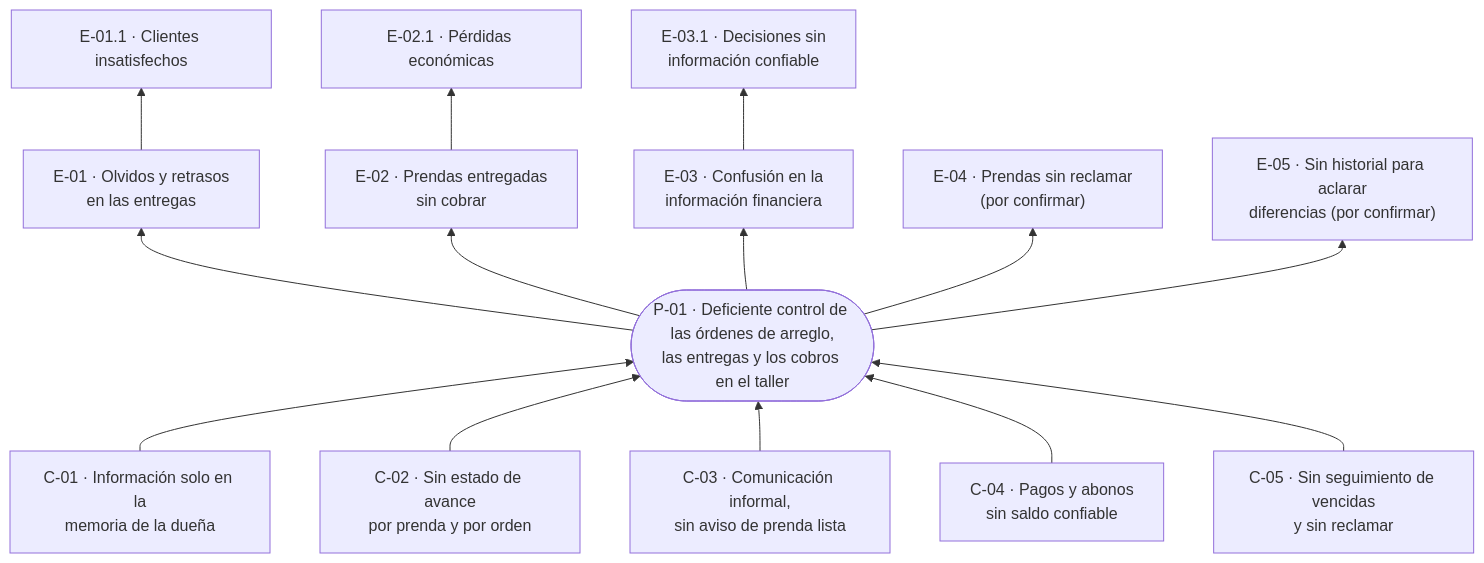
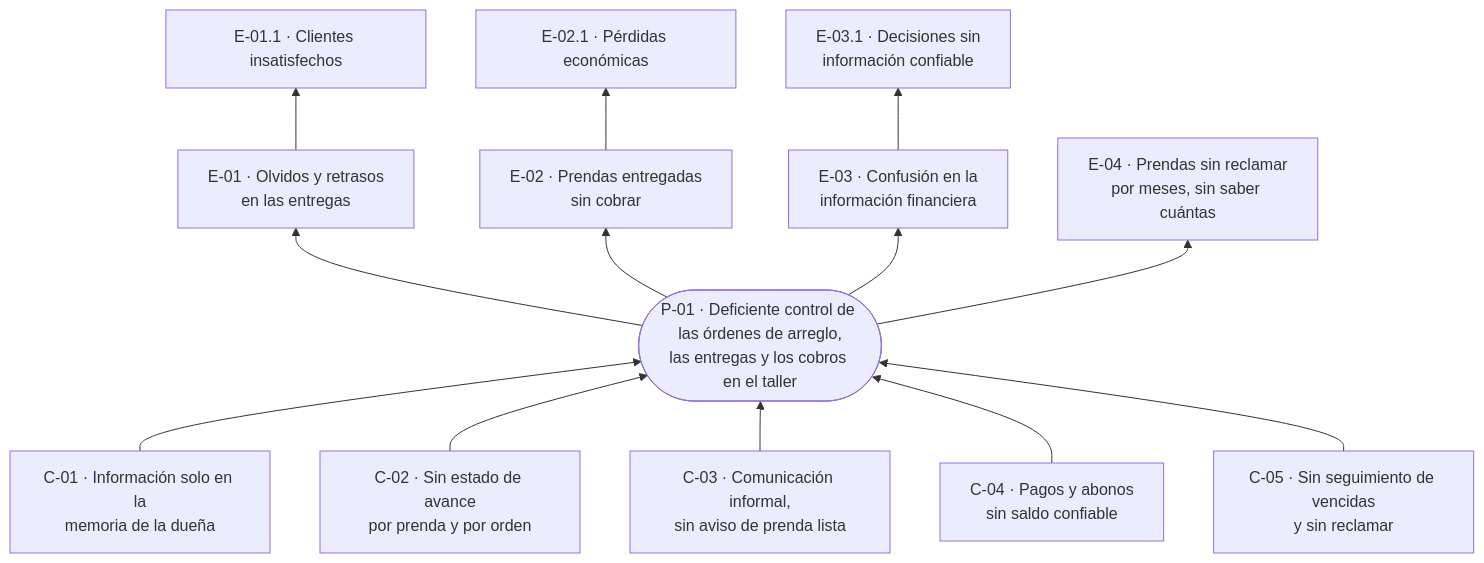
Before and after one commit to Aryannext/El-taller-ines: the diagram in docs/01-problema/arbol-de-problemas.md, drawn with Mermaid. The commit also changed other lines of this file and 2 other files, not shown here.

````diff
--- a/docs/01-problema/arbol-de-problemas.md
+++ b/docs/01-problema/arbol-de-problemas.md
@@ -47,36 +73,34 @@
 ```mermaid
 flowchart BT
     C01["C-01 · Información solo en la<br/>memoria de la dueña"]
     C02["C-02 · Sin estado de avance<br/>por prenda y por orden"]
     C03["C-03 · Comunicación informal,<br/>sin aviso de prenda lista"]
     C04["C-04 · Pagos y abonos<br/>sin saldo confiable"]
     C05["C-05 · Sin seguimiento de vencidas<br/>y sin reclamar"]
 
     P01(["P-01 · Deficiente control de las órdenes de arreglo,<br/>las entregas y los cobros en el taller"])
 
     E01["E-01 · Olvidos y retrasos<br/>en las entregas"]
     E02["E-02 · Prendas entregadas<br/>sin cobrar"]
     E03["E-03 · Confusión en la<br/>información financiera"]
-    E04["E-04 · Prendas sin reclamar<br/>(por confirmar)"]
-    E05["E-05 · Sin historial para aclarar<br/>diferencias (por confirmar)"]
+    E04["E-04 · Prendas sin reclamar<br/>por meses, sin saber cuántas"]
 
     E011["E-01.1 · Clientes insatisfechos"]
     E021["E-02.1 · Pérdidas económicas"]
     E031["E-03.1 · Decisiones sin<br/>información confiable"]
 
     C01 --> P01
     C02 --> P01
     C03 --> P01
     C04 --> P01
     C05 --> P01
 
     P01 --> E01
     P01 --> E02
     P01 --> E03
     P01 --> E04
-    P01 --> E05
 
     E01 --> E011
     E02 --> E021
     E03 --> E031
 ```
````
